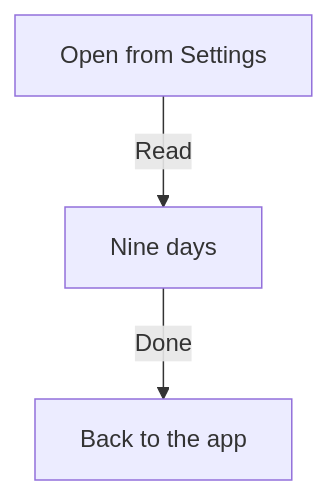
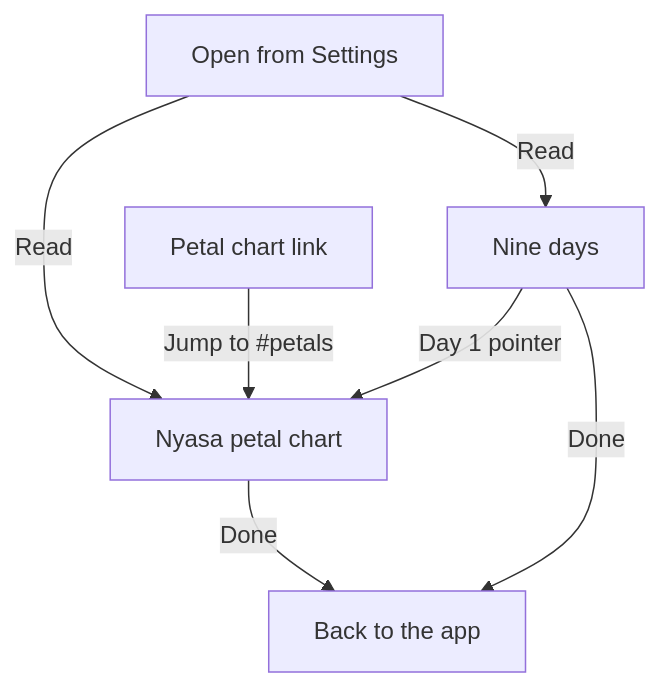
One commit to missionode/lite changed diagram 58 of 58 in docs/app-map/FLOW-REFERENCE.md. Above: the diagram before and after it, drawn with Mermaid. The commit also changed other lines of this file and 25 other files, not shown here.

First line of the commit message:
feat(syllabus): Nyasa petal chart, 1,050 petals from Woodroffe

````diff
--- a/docs/app-map/FLOW-REFERENCE.md
+++ b/docs/app-map/FLOW-REFERENCE.md
@@ -2699,8 +2699,14 @@
 ```mermaid
 flowchart TD
   open["Open from Settings"]
+  chartlink["Petal chart link"]
+  petals["Nyasa petal chart"]
   days["Nine days"]
   back["Back to the app"]
   open -->|"Read"| days
+  open -->|"Read"| petals
+  chartlink -->|"Jump to #petals"| petals
+  days -->|"Day 1 pointer"| petals
+  petals -->|"Done"| back
   days -->|"Done"| back
 ```
````
